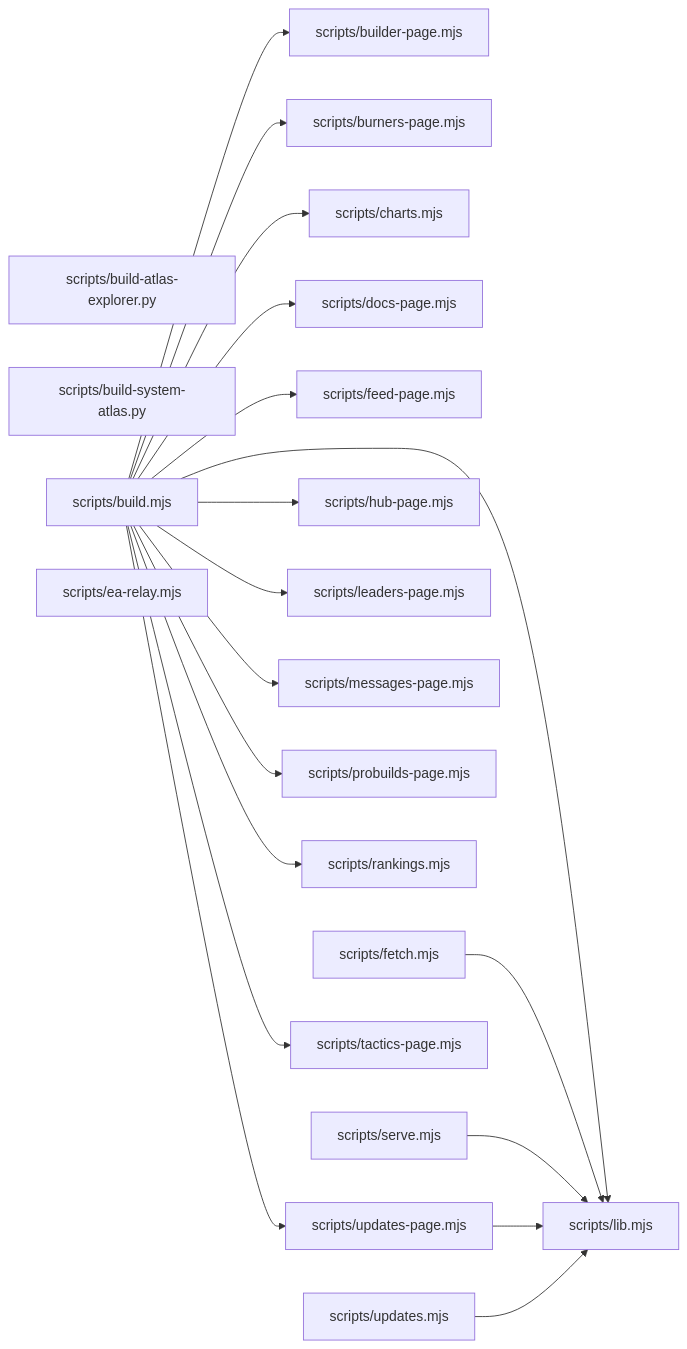
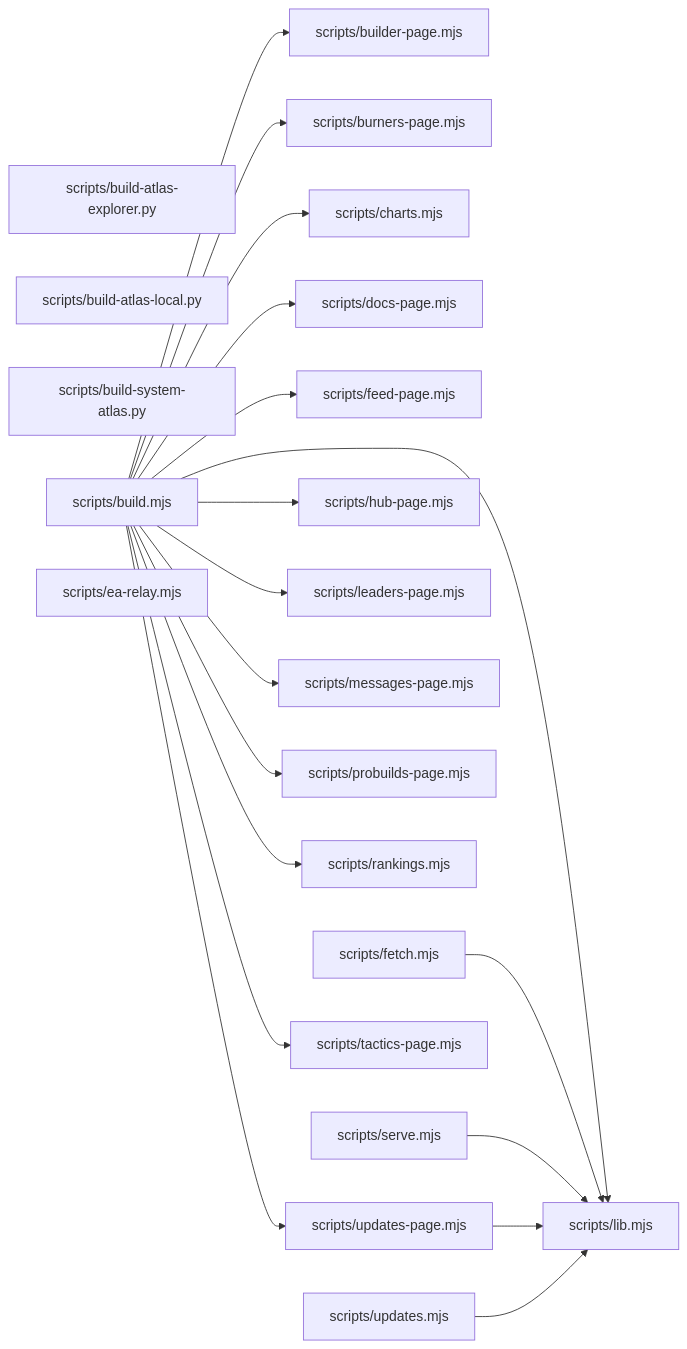
The diagram in PLANNING/system-atlas/layer-scripts.md (devroadtosucces15-boop/Norex-United-FC), drawn with Mermaid before and after one commit. The commit also changed 4 other files, not shown here.

Commit message:
docs: refresh living system atlas [skip ci]

````diff
--- a/PLANNING/system-atlas/layer-scripts.md
+++ b/PLANNING/system-atlas/layer-scripts.md
@@ -5,40 +5,41 @@
 ```mermaid
 flowchart LR
   n0["scripts/build-atlas-explorer.py"]
-  n1["scripts/build-system-atlas.py"]
-  n2["scripts/build.mjs"]
-  n3["scripts/builder-page.mjs"]
-  n4["scripts/burners-page.mjs"]
-  n5["scripts/charts.mjs"]
-  n6["scripts/docs-page.mjs"]
-  n7["scripts/ea-relay.mjs"]
-  n8["scripts/feed-page.mjs"]
-  n9["scripts/fetch.mjs"]
-  n10["scripts/hub-page.mjs"]
-  n11["scripts/leaders-page.mjs"]
-  n12["scripts/lib.mjs"]
-  n13["scripts/messages-page.mjs"]
-  n14["scripts/probuilds-page.mjs"]
-  n15["scripts/rankings.mjs"]
-  n16["scripts/serve.mjs"]
-  n17["scripts/tactics-page.mjs"]
-  n18["scripts/updates-page.mjs"]
-  n19["scripts/updates.mjs"]
-  n2 --> n3
-  n2 --> n4
-  n2 --> n5
-  n2 --> n6
-  n2 --> n8
-  n2 --> n10
-  n2 --> n11
-  n2 --> n12
-  n2 --> n13
-  n2 --> n14
-  n2 --> n15
-  n2 --> n17
-  n2 --> n18
-  n9 --> n12
-  n16 --> n12
-  n18 --> n12
-  n19 --> n12
+  n1["scripts/build-atlas-local.py"]
+  n2["scripts/build-system-atlas.py"]
+  n3["scripts/build.mjs"]
+  n4["scripts/builder-page.mjs"]
+  n5["scripts/burners-page.mjs"]
+  n6["scripts/charts.mjs"]
+  n7["scripts/docs-page.mjs"]
+  n8["scripts/ea-relay.mjs"]
+  n9["scripts/feed-page.mjs"]
+  n10["scripts/fetch.mjs"]
+  n11["scripts/hub-page.mjs"]
+  n12["scripts/leaders-page.mjs"]
+  n13["scripts/lib.mjs"]
+  n14["scripts/messages-page.mjs"]
+  n15["scripts/probuilds-page.mjs"]
+  n16["scripts/rankings.mjs"]
+  n17["scripts/serve.mjs"]
+  n18["scripts/tactics-page.mjs"]
+  n19["scripts/updates-page.mjs"]
+  n20["scripts/updates.mjs"]
+  n3 --> n4
+  n3 --> n5
+  n3 --> n6
+  n3 --> n7
+  n3 --> n9
+  n3 --> n11
+  n3 --> n12
+  n3 --> n13
+  n3 --> n14
+  n3 --> n15
+  n3 --> n16
+  n3 --> n18
+  n3 --> n19
+  n10 --> n13
+  n17 --> n13
+  n19 --> n13
+  n20 --> n13
 ```
````
